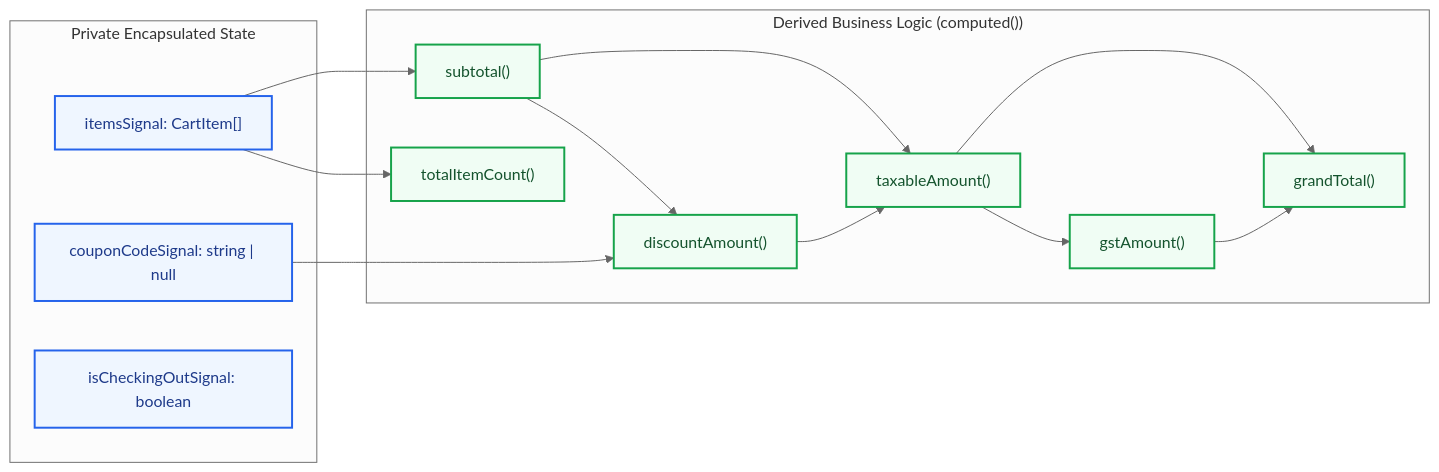
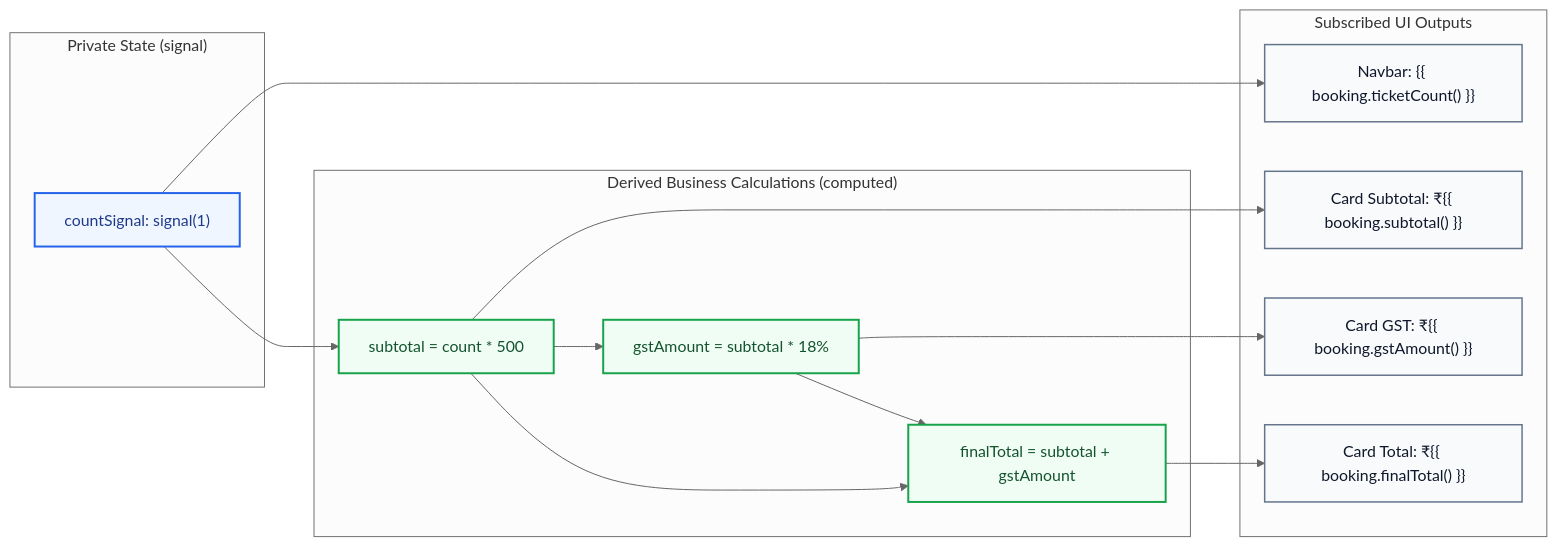
Before and after one commit to my-digital-space/Angular: the second of 3 diagrams in concepts/Application_architecture/Shared_Services/GEMINI.md, drawn with Mermaid (neutral theme). The commit also changed other lines of this file and 39 other files, not shown here.

````diff
--- a/concepts/Application_architecture/Shared_Services/GEMINI.md
+++ b/concepts/Application_architecture/Shared_Services/GEMINI.md
@@ -159,32 +174,35 @@
 ```mermaid
 flowchart LR
-    subgraph PrivateWritableState["Private Encapsulated State"]
-        ITEMS["itemsSignal: CartItem[]"]
-        COUPON["couponCodeSignal: string | null"]
-        BUSY["isCheckingOutSignal: boolean"]
+    subgraph State["Private State (signal)"]
+        COUNT["countSignal: signal(1)"]
     end
 
-    subgraph DerivedComputations["Derived Business Logic (computed())"]
-        COUNT["totalItemCount()"]
-        SUBTOTAL["subtotal()"]
-        DISCOUNT["discountAmount()"]
-        TAXABLE["taxableAmount()"]
-        GST["gstAmount()"]
-        GRAND["grandTotal()"]
+    subgraph Derived["Derived Business Calculations (computed)"]
+        SUBTOTAL["subtotal = count * 500"]
+        GST["gstAmount = subtotal * 18%"]
+        TOTAL["finalTotal = subtotal + gstAmount"]
     end
 
-    ITEMS --> COUNT
-    ITEMS --> SUBTOTAL
-    COUPON --> DISCOUNT
-    SUBTOTAL --> DISCOUNT
-    SUBTOTAL --> TAXABLE
-    DISCOUNT --> TAXABLE
-    TAXABLE --> GST
-    TAXABLE --> GRAND
-    GST --> GRAND
+    subgraph Consumers["Subscribed UI Outputs"]
+        NAV_UI["Navbar: {{ booking.ticketCount() }}"]
+        SUB_UI["Card Subtotal: ₹{{ booking.subtotal() }}"]
+        GST_UI["Card GST: ₹{{ booking.gstAmount() }}"]
+        TOTAL_UI["Card Total: ₹{{ booking.finalTotal() }}"]
+    end
+
+    COUNT --> SUBTOTAL
+    COUNT --> NAV_UI
+    SUBTOTAL --> GST
+    SUBTOTAL --> TOTAL
+    GST --> TOTAL
+    SUBTOTAL --> SUB_UI
+    GST --> GST_UI
+    TOTAL --> TOTAL_UI
 
     classDef stateNode fill:#eff6ff,stroke:#2563eb,stroke-width:2px,color:#1e3a8a;
     classDef compNode fill:#f0fdf4,stroke:#16a34a,stroke-width:2px,color:#14532d;
-    class ITEMS,COUPON,BUSY stateNode;
-    class COUNT,SUBTOTAL,DISCOUNT,TAXABLE,GST,GRAND compNode;
+    classDef uiNode fill:#f8fafc,stroke:#64748b,stroke-width:1.5px,color:#0f172a;
+    class COUNT stateNode;
+    class SUBTOTAL,GST,TOTAL compNode;
+    class NAV_UI,SUB_UI,GST_UI,TOTAL_UI uiNode;
 ```
````
